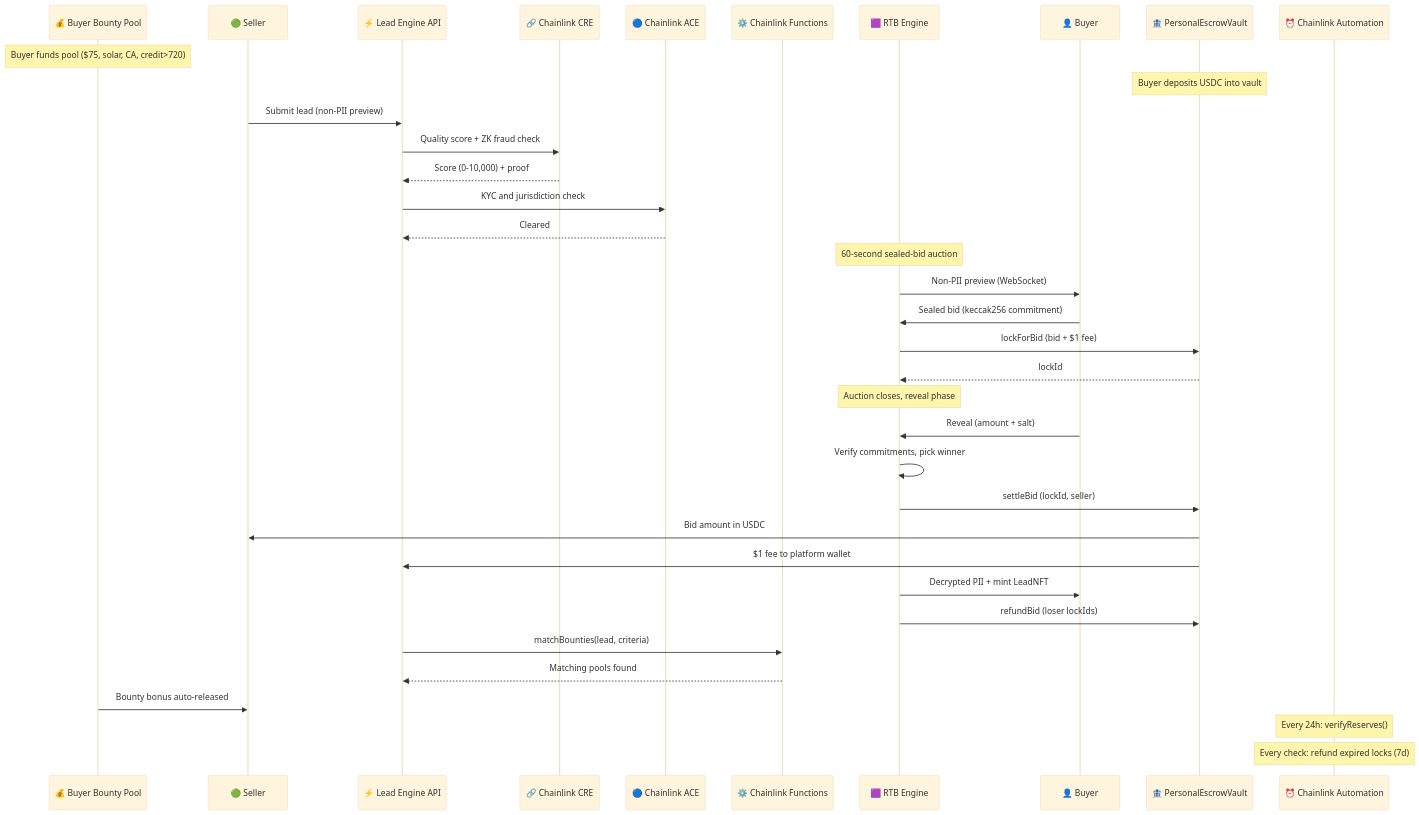
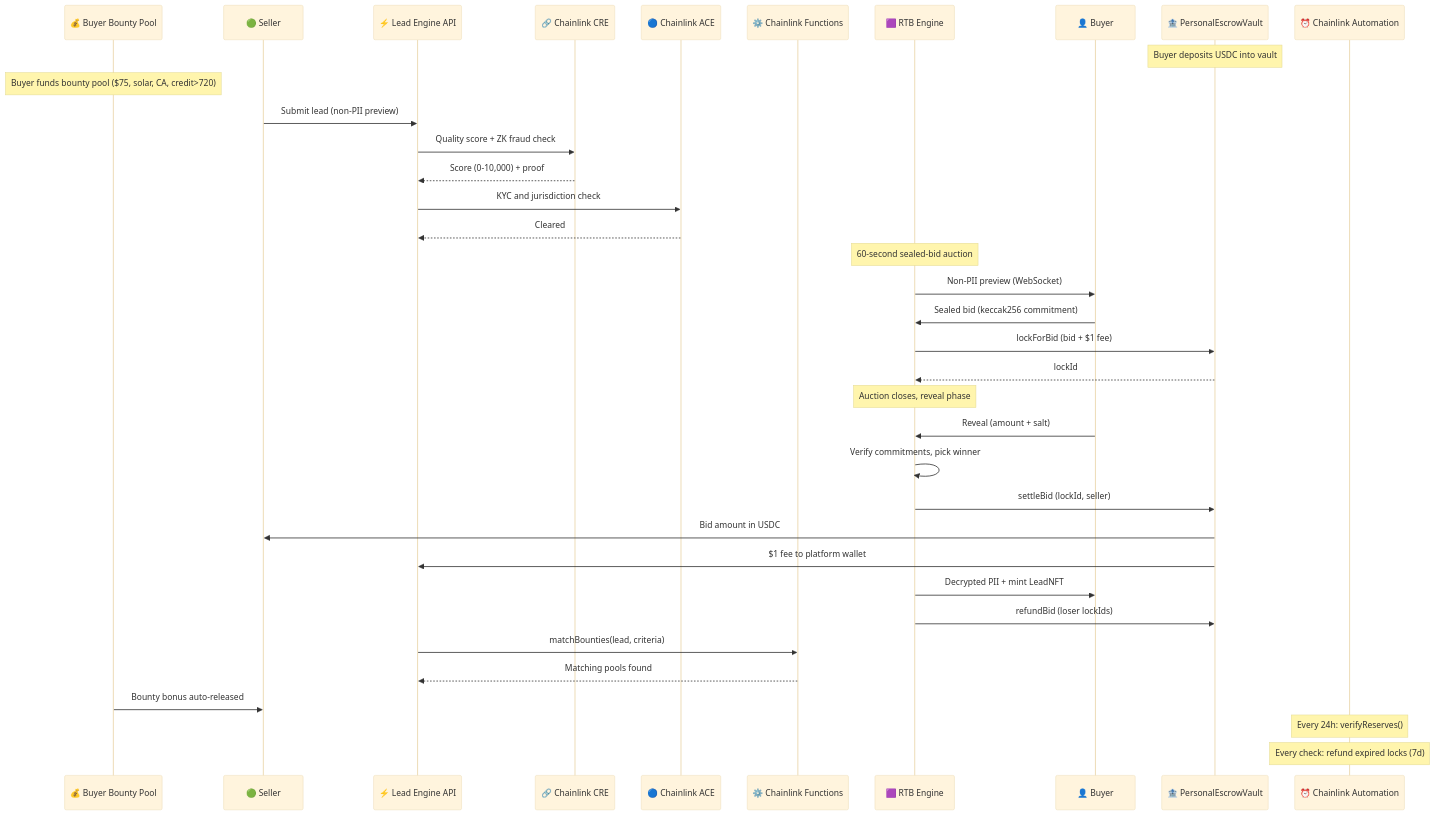
Before and after one commit to bnmbnmai/lead-engine-cre: the first of 2 diagrams in README.md, drawn with Mermaid (base theme). The commit also changed other lines of this file, not shown here.

````diff
--- a/README.md
+++ b/README.md
@@ -78,47 +90,47 @@
 ```mermaid
 sequenceDiagram
     participant BP as 💰 Buyer Bounty Pool
     participant S as 🟢 Seller
     participant API as ⚡ Lead Engine API
     participant CRE as 🔗 Chainlink CRE
     participant ACE as 🔵 Chainlink ACE
     participant FN as ⚙️ Chainlink Functions
     participant RTB as 🟪 RTB Engine
     participant B as 👤 Buyer
     participant V as 🏦 PersonalEscrowVault
     participant AUTO as ⏰ Chainlink Automation
 
-    Note over BP: Buyer funds pool ($75, solar, CA, credit>720)
     Note over V: Buyer deposits USDC into vault
+    Note over BP: Buyer funds bounty pool ($75, solar, CA, credit>720)
 
     S->>API: Submit lead (non-PII preview)
     API->>CRE: Quality score + ZK fraud check
     CRE-->>API: Score (0-10,000) + proof
     API->>ACE: KYC and jurisdiction check
     ACE-->>API: Cleared
 
     Note over RTB: 60-second sealed-bid auction
 
     RTB->>B: Non-PII preview (WebSocket)
     B->>RTB: Sealed bid (keccak256 commitment)
     RTB->>V: lockForBid (bid + $1 fee)
     V-->>RTB: lockId
 
     Note over RTB: Auction closes, reveal phase
 
     B->>RTB: Reveal (amount + salt)
     RTB->>RTB: Verify commitments, pick winner
 
     RTB->>V: settleBid (lockId, seller)
     V->>S: Bid amount in USDC
     V->>API: $1 fee to platform wallet
     RTB->>B: Decrypted PII + mint LeadNFT
     RTB->>V: refundBid (loser lockIds)
 
     API->>FN: matchBounties(lead, criteria)
     FN-->>API: Matching pools found
     BP->>S: Bounty bonus auto-released
 
     Note over AUTO: Every 24h: verifyReserves()
     Note over AUTO: Every check: refund expired locks (7d)
 ```
````
